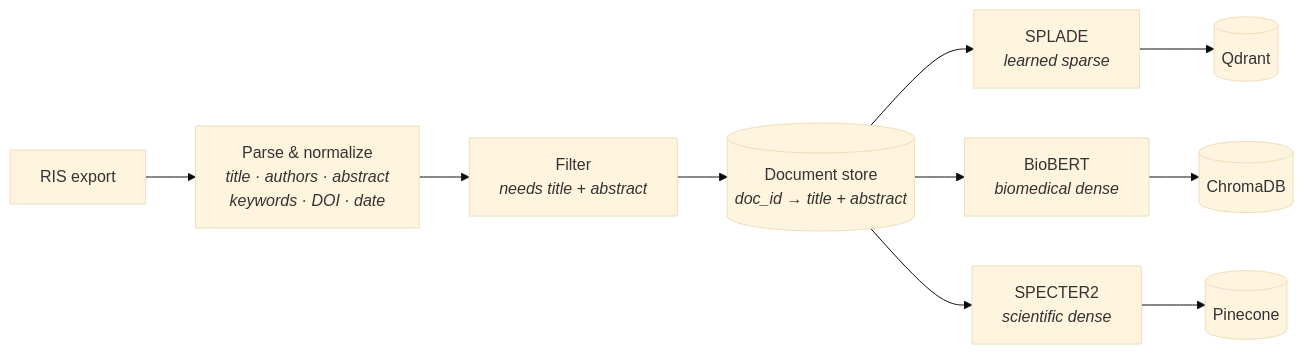
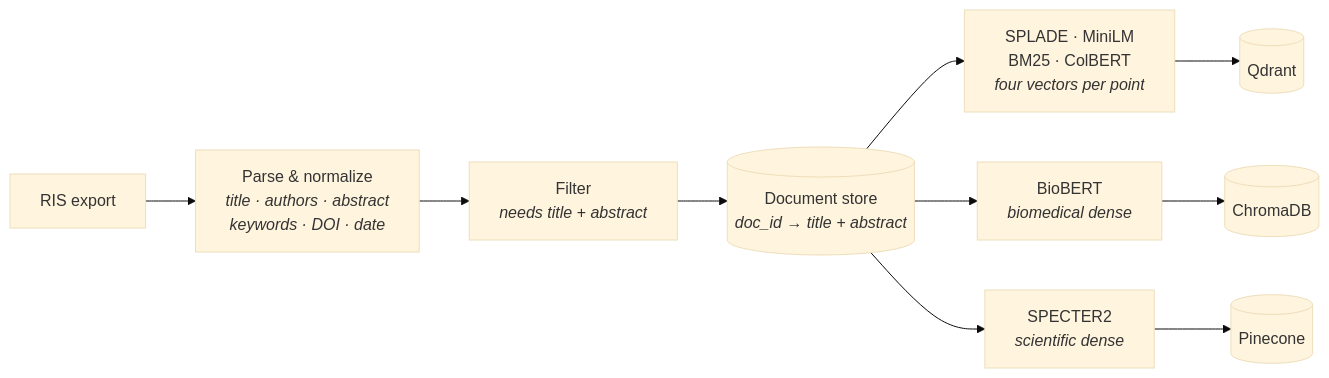
One commit to deekshant-w/SSNanopore_rag changed the first of 2 diagrams in README.md. Above: the diagram before and after it, drawn with Mermaid (base theme). The commit also changed other lines of this file, not shown here.

````diff
--- a/README.md
+++ b/README.md
@@ -36,12 +36,12 @@
 ```mermaid
 flowchart LR
     RIS["RIS export"] --> PARSE["Parse & normalize<br/><i>title · authors · abstract<br/>keywords · DOI · date</i>"]
     PARSE --> FILTER["Filter<br/><i>needs title + abstract</i>"]
     FILTER --> DOCS[("Document store<br/><i>doc_id → title + abstract</i>")]
-    DOCS --> E1["SPLADE<br/><i>learned sparse</i>"]
+    DOCS --> E1["SPLADE · MiniLM<br/>BM25 · ColBERT<br/><i>four vectors per point</i>"]
     DOCS --> E2["BioBERT<br/><i>biomedical dense</i>"]
     DOCS --> E3["SPECTER2<br/><i>scientific dense</i>"]
     E1 --> S1[("Qdrant")]
     E2 --> S2[("ChromaDB")]
     E3 --> S3[("Pinecone")]
 ```
````
